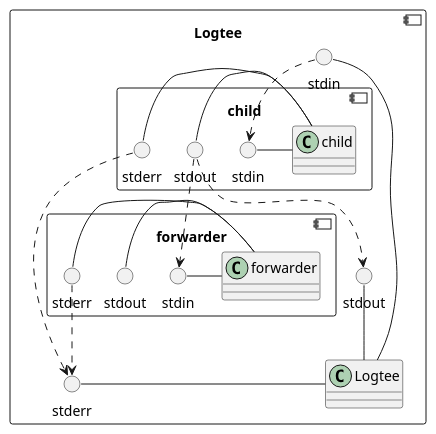
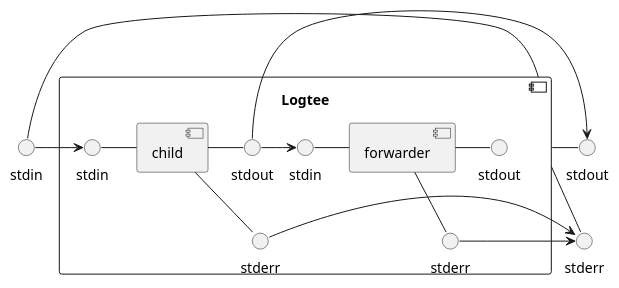
Before and after one commit to mobility-university/logtee: the diagram in diagram.puml, drawn with PlantUML. The commit also changed other lines of this file and 1 other file, not shown here.

Commit message:
update diagram

```diff
--- a/diagram.puml
+++ b/diagram.puml
@@ -1,34 +1,38 @@
 @startuml
+
+() "stdin" as stdin_logtee
+stdin_logtee -right- Logtee
+() "stdout" as stdout_logtee
+stdout_logtee -left- Logtee
+() "stderr" as stderr_logtee
+stderr_logtee -up- Logtee
+
 component Logtee {
-() "stdin" as stdin_logtee
-stdin_logtee - Logtee
-() "stdout" as stdout_logtee
-stdout_logtee - Logtee
-() "stderr" as stderr_logtee
-stderr_logtee - Logtee
+    () "stdin" as stdin_child
+    stdin_child -right- child
+    () "stdout" as stdout_child
+    stdout_child -left- child
+    () "stderr" as stderr_child
+    stderr_child -up- child
 
-   component "child" {
-    () "stdin" as stdin_child
-    stdin_child - child
-    () "stdout" as stdout_child
-    stdout_child - child
-    () "stderr" as stderr_child
-    stderr_child - child
-}
+    () "stdin" as stdin_forwarder
+    stdin_forwarder -right- forwarder
+    () "stdout" as stdout_forwarder
+    stdout_forwarder -left- forwarder
+    () "stderr" as stderr_forwarder
+    stderr_forwarder -up- forwarder
 
-   component "forwarder" {
-    () "stdin" as stdin_forwarder
-    stdin_forwarder - forwarder
-    () "stdout" as stdout_forwarder
-    stdout_forwarder - forwarder
-    () "stderr" as stderr_forwarder
-    stderr_forwarder - forwarder
-}
+    stdin_logtee -> stdin_child
+    stdout_child -> stdout_logtee
+    stdout_child -> stdin_forwarder
+    stderr_child -> stderr_logtee
+    stderr_forwarder -> stderr_logtee
 
-stdin_logtee ..> stdin_child
-stdout_child ..> stdout_logtee
-stdout_child ..> stdin_forwarder
-stderr_child ..> stderr_logtee
-stderr_forwarder ..> stderr_logtee
+    component "child" {
+    }
+
+    component "forwarder" {
+    }
+
 }
 @enduml
```
